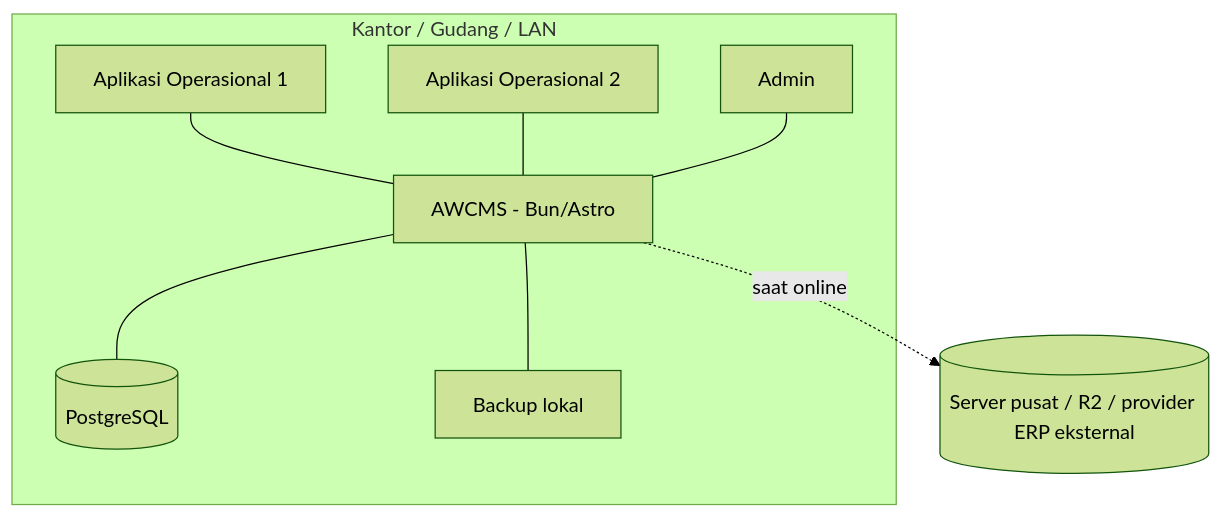
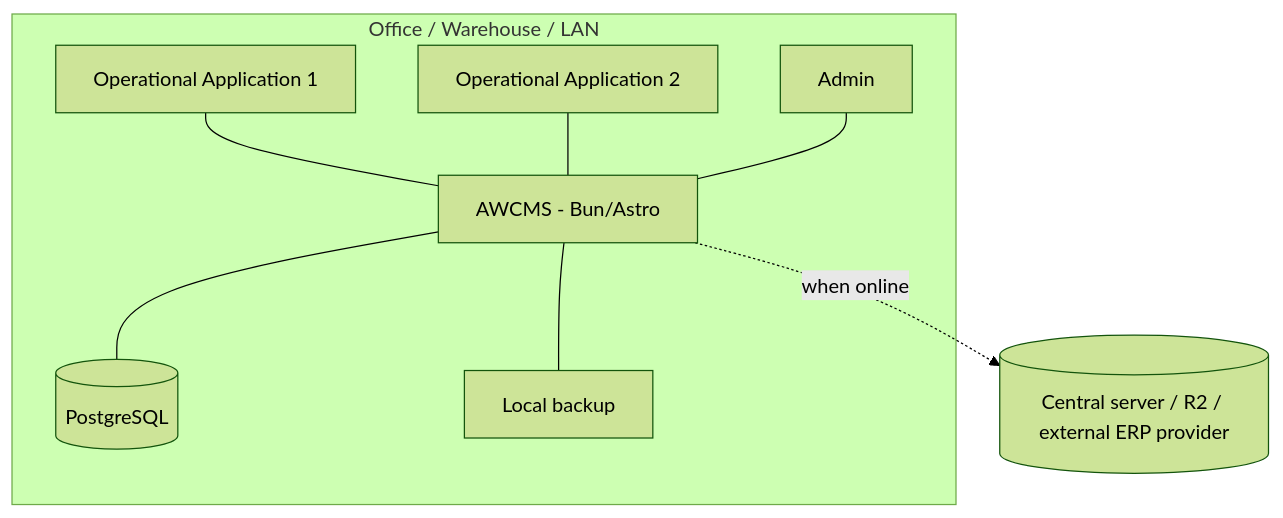
The third of 3 diagrams in docs/awcms/18_configuration_env_reference.md (ahliweb/awcms), drawn with Mermaid (forest theme) before and after one commit. The commit also changed other lines of this file and 603 other files, not shown here.

````diff
--- a/docs/awcms/18_configuration_env_reference.md
+++ b/docs/awcms/18_configuration_env_reference.md
@@ -528,17 +539,17 @@
 ```mermaid
 flowchart TB
-  subgraph LAN["Kantor / Gudang / LAN"]
-    P1[Aplikasi Operasional 1]
-    P2[Aplikasi Operasional 2]
+  subgraph LAN["Office / Warehouse / LAN"]
+    P1[Operational Application 1]
+    P2[Operational Application 2]
     A1[Admin]
     Srv[AWCMS - Bun/Astro]
     DB[(PostgreSQL)]
-    Bak[Backup lokal]
+    Bak[Local backup]
     Srv --- DB
     Srv --- Bak
     P1 --- Srv
     P2 --- Srv
     A1 --- Srv
   end
-  Srv -. saat online .-> Cloud[(Server pusat / R2 / provider ERP eksternal)]
+  Srv -. when online .-> Cloud[(Central server / R2 / external ERP provider)]
 ```
````
